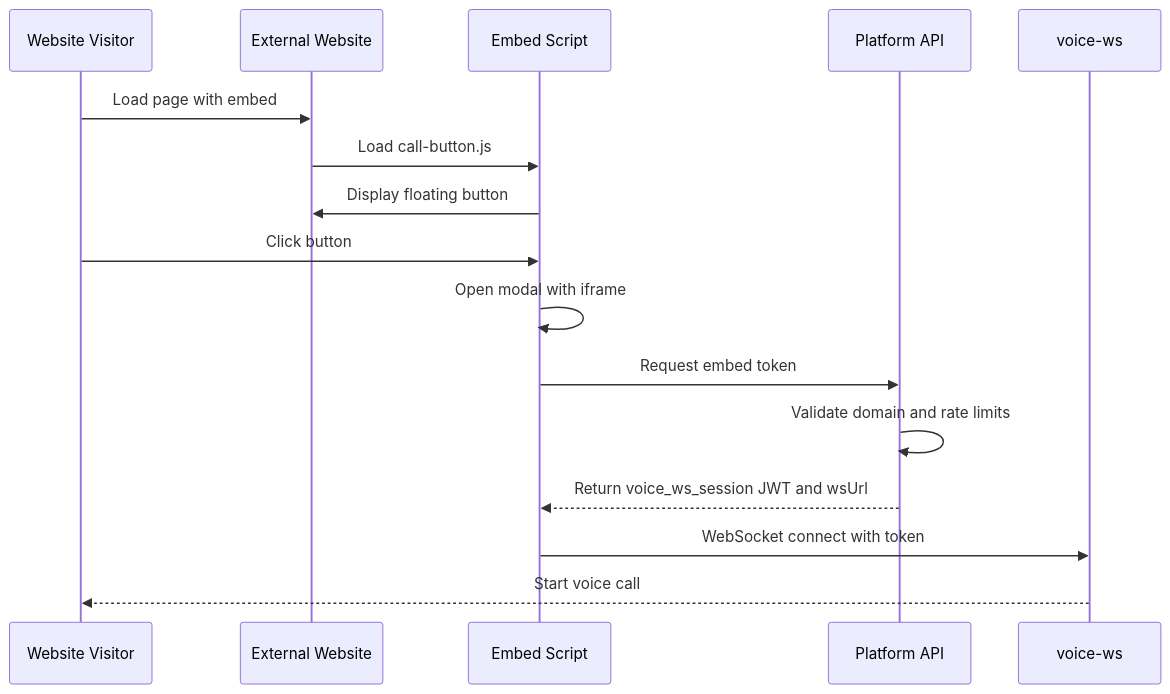
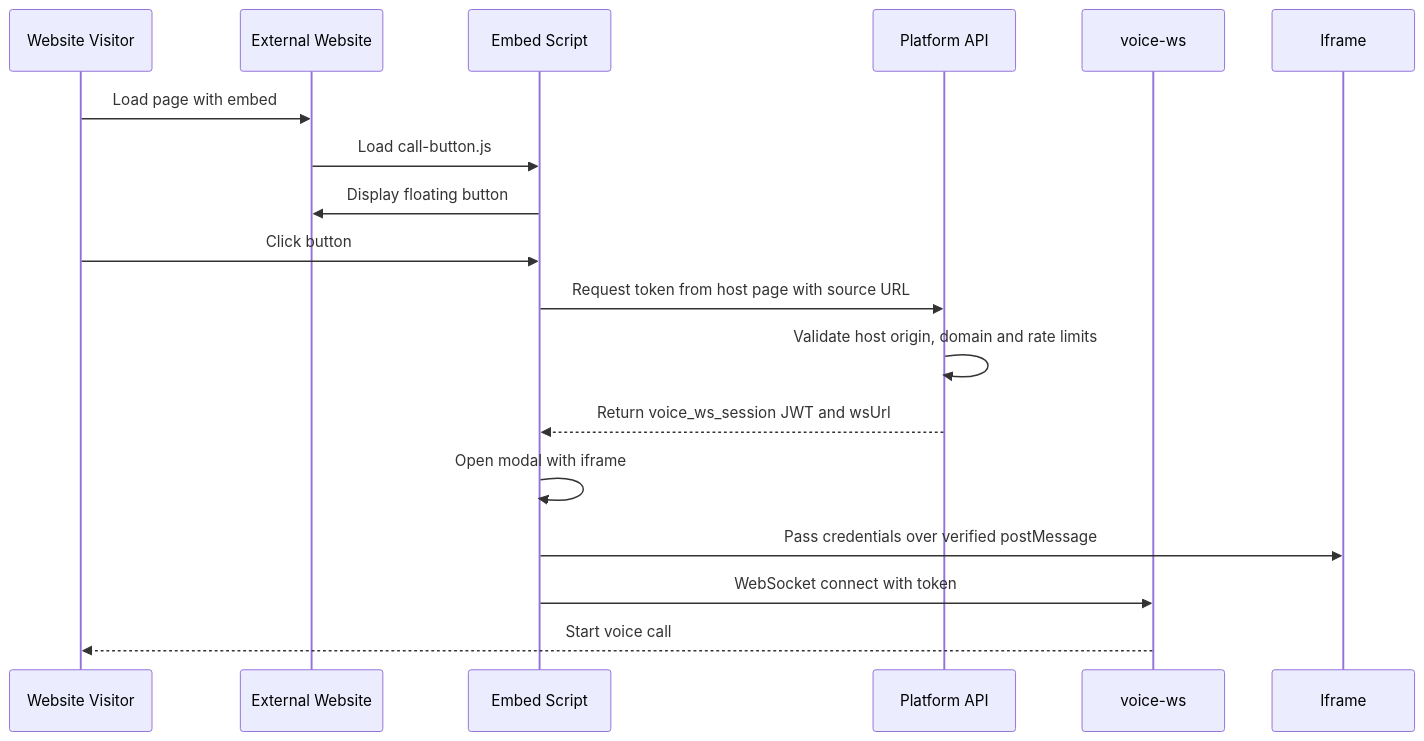
One commit to gauravdhiman/a1-voice-agent-platform changed the diagram in docs/02_features/voice_agents/embed_button.md. Above: the diagram before and after it, drawn with Mermaid. The commit also changed other lines of this file and 46 other files, not shown here.

````diff
--- a/docs/02_features/voice_agents/embed_button.md
+++ b/docs/02_features/voice_agents/embed_button.md
@@ -64,20 +74,21 @@
 ```mermaid
 sequenceDiagram
     participant Visitor as Website Visitor
     participant Website as External Website
     participant Script as Embed Script
     participant Platform as Platform API
     participant VoiceWs as voice-ws
 
     Visitor->>Website: Load page with embed
     Website->>Script: Load call-button.js
     Script->>Website: Display floating button
     
     Visitor->>Script: Click button
+    Script->>Platform: Request token from host page with source URL
+    Platform->>Platform: Validate host origin, domain and rate limits
+    Platform-->>Script: Return voice_ws_session JWT and wsUrl
     Script->>Script: Open modal with iframe
-    Script->>Platform: Request embed token
-    Platform->>Platform: Validate domain and rate limits
-    Platform-->>Script: Return voice_ws_session JWT and wsUrl
+    Script->>Iframe: Pass credentials over verified postMessage
     Script->>VoiceWs: WebSocket connect with token
     VoiceWs-->>Visitor: Start voice call
 ```
````
